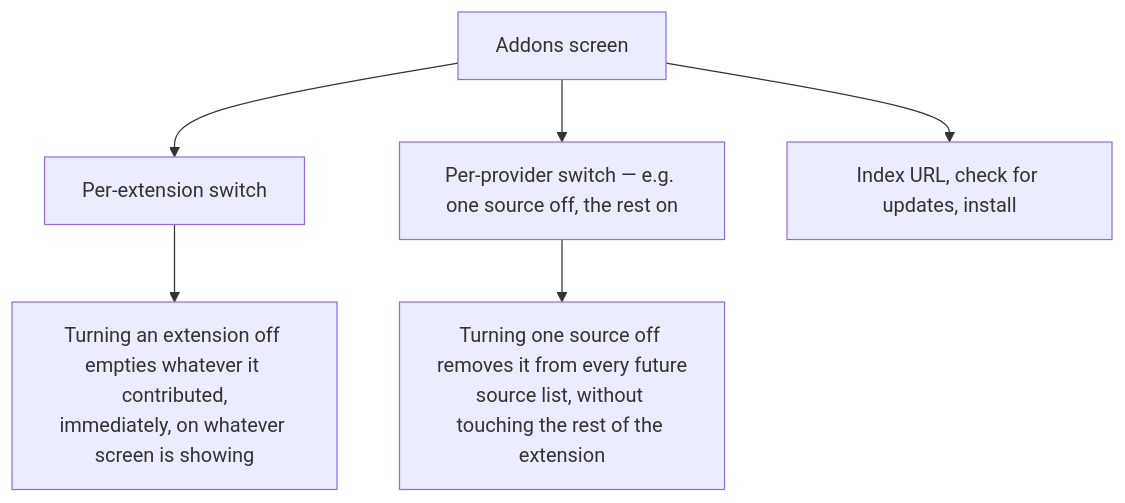
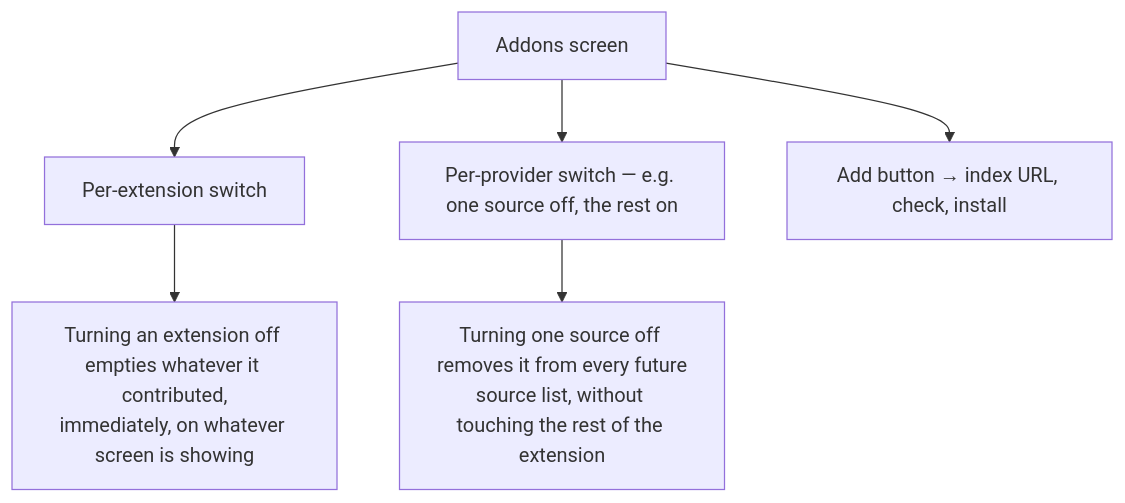
One commit to nimbusfvck/fvcksubs changed diagram 13 of 13 in docs/04-user-journey.md. Above: the diagram before and after it, drawn with Mermaid. The commit also changed other lines of this file and 3 other files, not shown here.

````diff
--- a/docs/04-user-journey.md
+++ b/docs/04-user-journey.md
@@ -331,9 +331,9 @@
 ```mermaid
 flowchart TB
     AD["Addons screen"] --> E1["Per-extension switch"]
     AD --> E2["Per-provider switch — e.g. one source off, the rest on"]
-    AD --> E3["Index URL, check for updates, install"]
+AD --> E3["Add button → index URL, check, install"]
 
     E1 --> EFF["Turning an extension off empties whatever it contributed,<br/>immediately, on whatever screen is showing"]
     E2 --> EFF2["Turning one source off removes it from every future<br/>source list, without touching the rest of the extension"]
 ```
````
